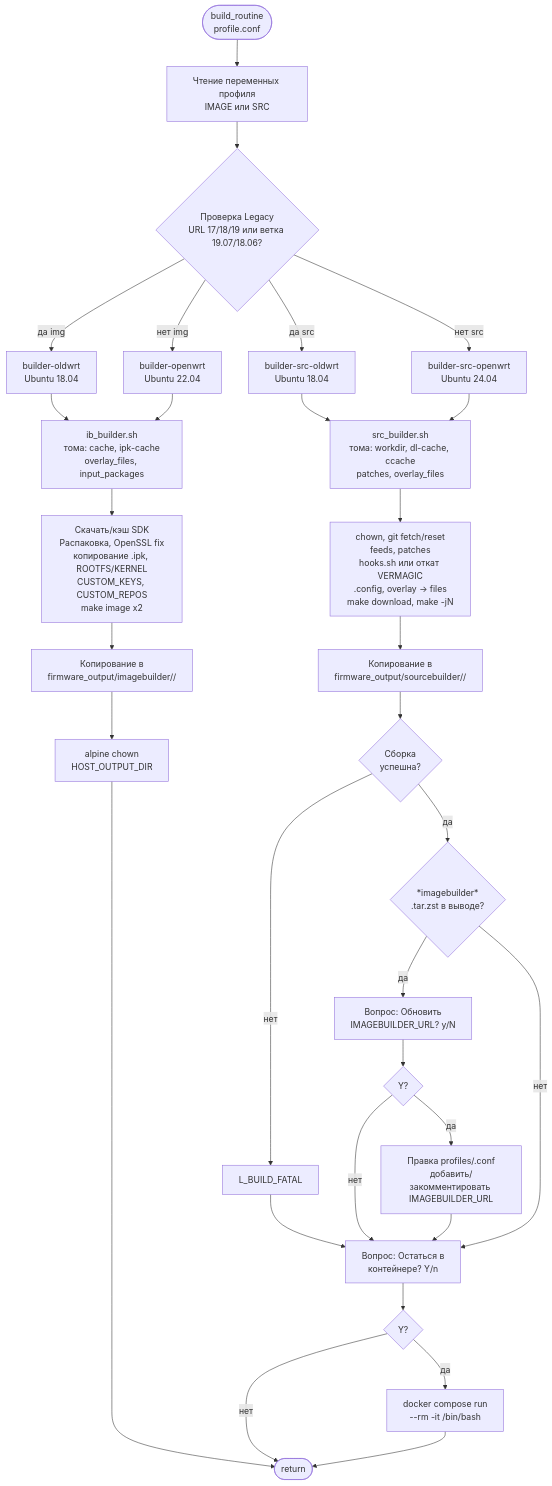
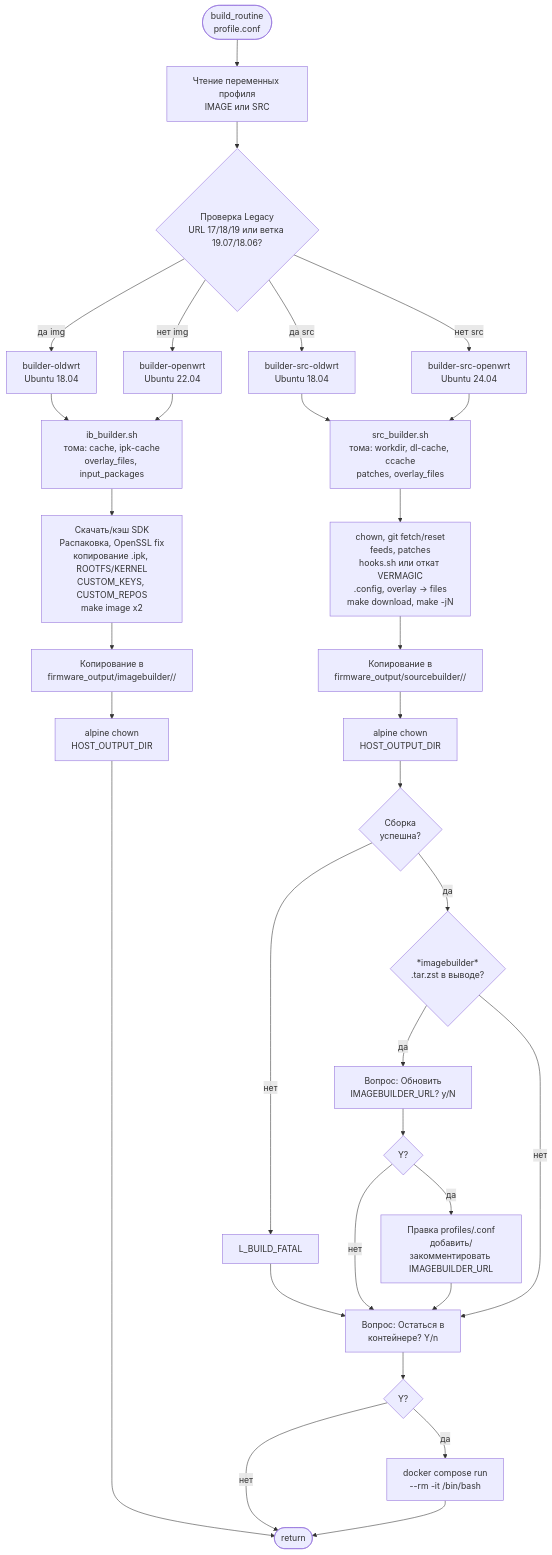
The eighth of 10 diagrams in docs/ARCHITECTURE_diagram.md (iqubik/routerFW), drawn with Mermaid before and after one commit. The commit also changed other lines of this file and 3 other files, not shown here.

Commit message:
diagram fix

````diff
--- a/docs/ARCHITECTURE_diagram.md
+++ b/docs/ARCHITECTURE_diagram.md
@@ -269,34 +274,35 @@
 ```mermaid
 flowchart TD
     BR([build_routine\nprofile.conf])
     BR --> READ_PROFILE[Чтение переменных профиля\nIMAGE или SRC]
     READ_PROFILE --> LEGACY{Проверка Legacy\nURL 17/18/19 или ветка 19.07/18.06?}
     LEGACY --> |да img| OLD_IMG[builder-oldwrt\nUbuntu 18.04]
     LEGACY --> |нет img| NEW_IMG[builder-openwrt\nUbuntu 22.04]
     LEGACY --> |да src| OLD_SRC[builder-src-oldwrt\nUbuntu 18.04]
     LEGACY --> |нет src| NEW_SRC[builder-src-openwrt\nUbuntu 24.04]
 
     OLD_IMG & NEW_IMG --> IB[ib_builder.sh\nтома: cache, ipk-cache\noverlay_files, input_packages]
     IB --> IB_STEPS[Скачать/кэш SDK\nРаспаковка, OpenSSL fix\nкопирование .ipk, ROOTFS/KERNEL\nCUSTOM_KEYS, CUSTOM_REPOS\nmake image x2]
     IB_STEPS --> IB_OUT[Копирование в\nfirmware_output/imagebuilder/<id>/<ts>]
     IB_OUT --> IB_CHOWN[alpine chown\nHOST_OUTPUT_DIR]
     IB_CHOWN --> BR_END([return])
 
     OLD_SRC & NEW_SRC --> SB[src_builder.sh\nтома: workdir, dl-cache, ccache\npatches, overlay_files]
     SB --> SB_STEPS[chown, git fetch/reset\nfeeds, patches\nhooks.sh или откат VERMAGIC\n.config, overlay → files\nmake download, make -jN]
     SB_STEPS --> SB_OUT[Копирование в\nfirmware_output/sourcebuilder/<id>/<ts>]
-    SB_OUT --> SB_OK{Сборка\nуспешна?}
+    SB_OUT --> SB_CHOWN[alpine chown\nHOST_OUTPUT_DIR]
+    SB_CHOWN --> SB_OK{Сборка\nуспешна?}
     SB_OK --> |нет| SB_FATAL[L_BUILD_FATAL]
     SB_FATAL --> SB_SHELL_Q2
     SB_OK --> |да| IB_TAR{*imagebuilder*\n.tar.zst в выводе?}
     IB_TAR --> |да| SB_Q1[Вопрос: Обновить\nIMAGEBUILDER_URL? y/N]
     SB_Q1 --> SB_UPDATE{Y?}
     SB_UPDATE --> |да| SB_WRITE[Правка profiles/<id>.conf\nдобавить/закомментировать IMAGEBUILDER_URL]
     SB_UPDATE --> |нет| SB_SHELL_Q2
     SB_WRITE --> SB_SHELL_Q2[Вопрос: Остаться в\nконтейнере? Y/n]
     IB_TAR --> |нет| SB_SHELL_Q2
     SB_SHELL_Q2 --> SB_STAY{Y?}
     SB_STAY --> |да| SB_RUN[docker compose run\n--rm -it /bin/bash]
     SB_STAY --> |нет| BR_END
     SB_RUN --> BR_END
 ```
````
